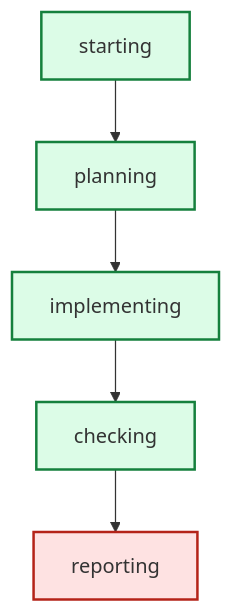
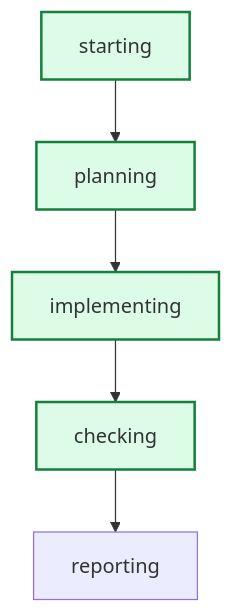
One commit to daniell0gda/hermes-feature-check-dashboard changed the diagram in latest/graph.mmd. Above: the diagram before and after it, drawn with Mermaid. The commit also changed 28 other files, not shown here.

```diff
--- a/latest/graph.mmd
+++ b/latest/graph.mmd
@@ -1,14 +1,13 @@
 graph TD
     starting --> planning
     planning --> implementing
     implementing --> checking
     checking --> reporting
 
 classDef done fill:#dcfce7,stroke:#15803d,stroke-width:2px;
 classDef active fill:#dbeafe,stroke:#2563eb,stroke-width:3px;
 classDef failed fill:#fee2e2,stroke:#b42318,stroke-width:2px;
+class implementing done;
 class checking done;
 class planning done;
-class implementing done;
 class starting done;
-class reporting failed;
```
